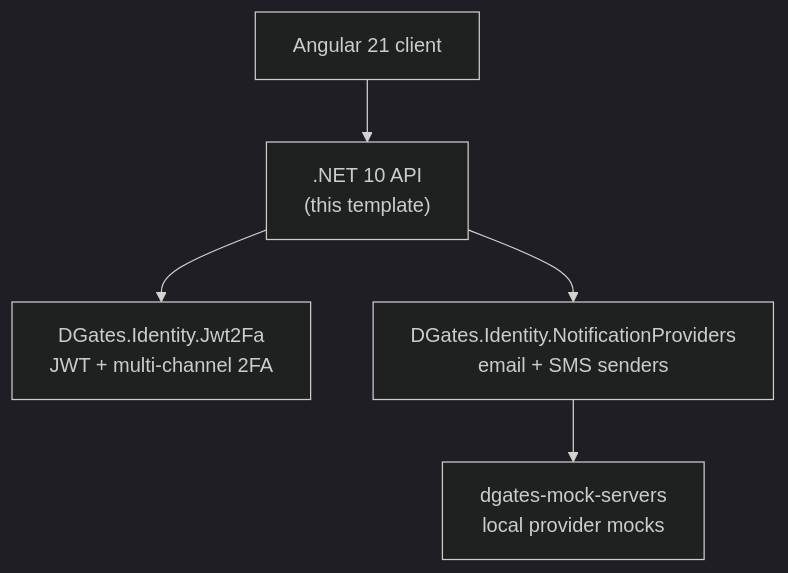
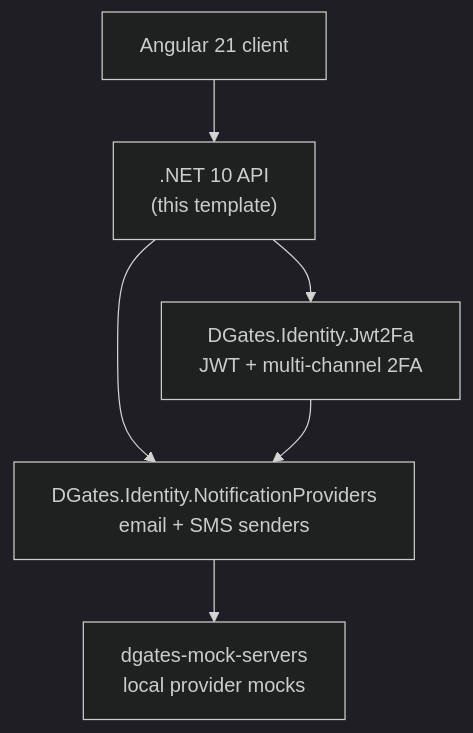
Before and after one commit to dgates82/angular-dotnet-auth-template: the diagram in README.md, drawn with Mermaid (dark theme). The commit also changed other lines of this file and 3 other files, not shown here.

````diff
--- a/README.md
+++ b/README.md
@@ -58,7 +61,8 @@
 ```mermaid
 flowchart TD
   client["Angular 21 client"] --> api[".NET 10 API<br/>(this template)"]
   api --> jwt["DGates.Identity.Jwt2Fa<br/>JWT + multi-channel 2FA"]
   api --> np["DGates.Identity.NotificationProviders<br/>email + SMS senders"]
+  jwt --> np
   np --> mocks["dgates-mock-servers<br/>local provider mocks"]
 ```
````
